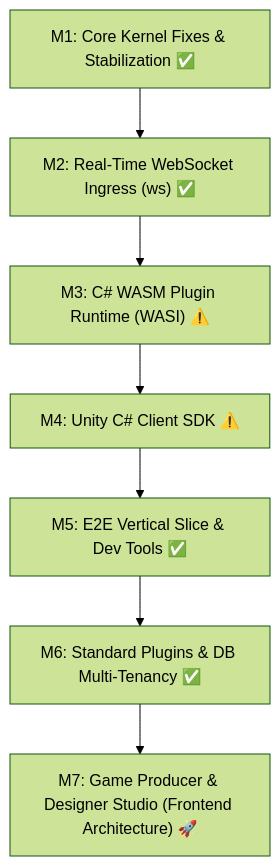
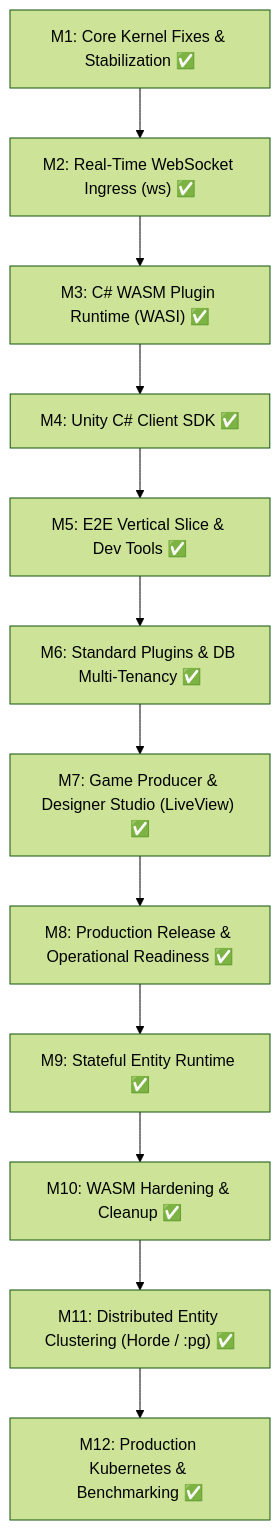
One commit to alxcsx/exoforge changed the diagram in plan.md. Above: the diagram before and after it, drawn with Mermaid (forest theme). The commit also changed other lines of this file and 8 other files, not shown here.

````diff
--- a/plan.md
+++ b/plan.md
@@ -83,9 +83,14 @@
 ```mermaid
 flowchart TD
     M1["M1: Core Kernel Fixes & Stabilization ✅"] --> M2["M2: Real-Time WebSocket Ingress (ws) ✅"]
-    M2 --> M3["M3: C# WASM Plugin Runtime (WASI) ⚠️"]
-    M3 --> M4["M4: Unity C# Client SDK ⚠️"]
+    M2 --> M3["M3: C# WASM Plugin Runtime (WASI) ✅"]
+    M3 --> M4["M4: Unity C# Client SDK ✅"]
     M4 --> M5["M5: E2E Vertical Slice & Dev Tools ✅"]
     M5 --> M6["M6: Standard Plugins & DB Multi-Tenancy ✅"]
-    M6 --> M7["M7: Game Producer & Designer Studio (Frontend Architecture) 🚀"]
+    M6 --> M7["M7: Game Producer & Designer Studio (LiveView) ✅"]
+    M7 --> M8["M8: Production Release & Operational Readiness ✅"]
+    M8 --> M9["M9: Stateful Entity Runtime ✅"]
+    M9 --> M10["M10: WASM Hardening & Cleanup ✅"]
+    M10 --> M11["M11: Distributed Entity Clustering (Horde / :pg) ✅"]
+    M11 --> M12["M12: Production Kubernetes & Benchmarking ✅"]
 ```
````
